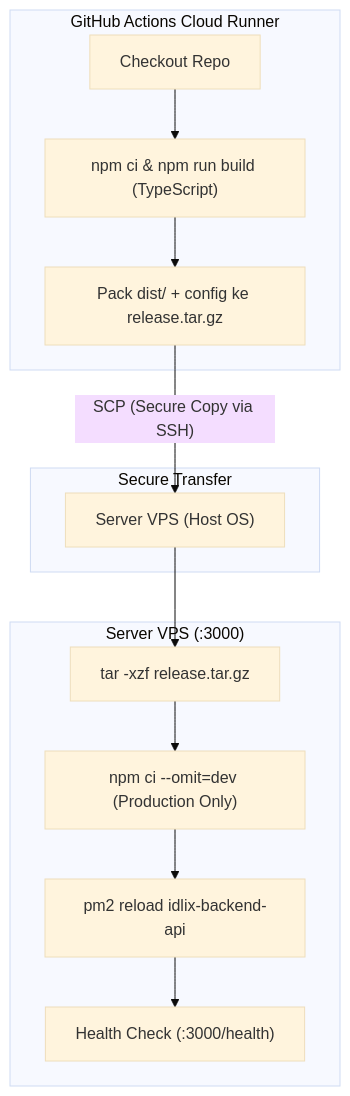
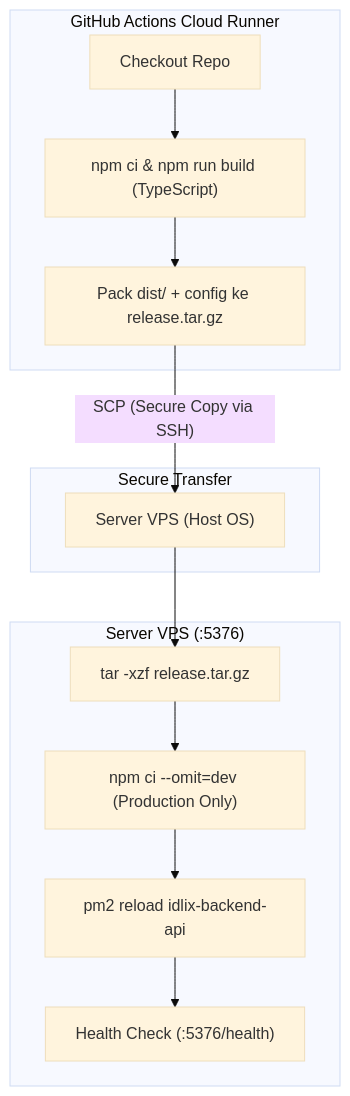
One commit to Agung78/idlix-androidtv changed the diagram in Backend API/DEPLOYMENT.md. Above: the diagram before and after it, drawn with Mermaid (base theme). The commit also changed other lines of this file and 10 other files, not shown here.

````diff
--- a/Backend API/DEPLOYMENT.md
+++ b/Backend API/DEPLOYMENT.md
@@ -12,18 +12,18 @@
 ```mermaid
 flowchart TD
     subgraph GitHub_Runner ["GitHub Actions Cloud Runner"]
         A["Checkout Repo"] --> B["npm ci & npm run build (TypeScript)"]
         B --> C["Pack dist/ + config ke release.tar.gz"]
     end
 
     subgraph Transfer ["Secure Transfer"]
         C -- "SCP (Secure Copy via SSH)" --> D["Server VPS (Host OS)"]
     end
 
-    subgraph VPS_Server ["Server VPS (:3000)"]
+    subgraph VPS_Server ["Server VPS (:5376)"]
         D --> E["tar -xzf release.tar.gz"]
         E --> F["npm ci --omit=dev (Production Only)"]
         F --> G["pm2 reload idlix-backend-api"]
-        G --> H["Health Check (:3000/health)"]
+        G --> H["Health Check (:5376/health)"]
     end
 ```
````
